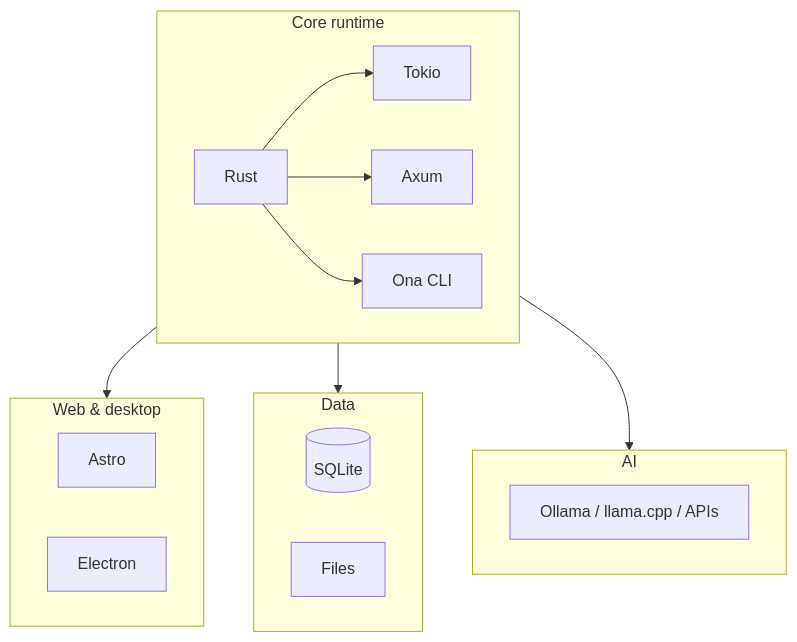
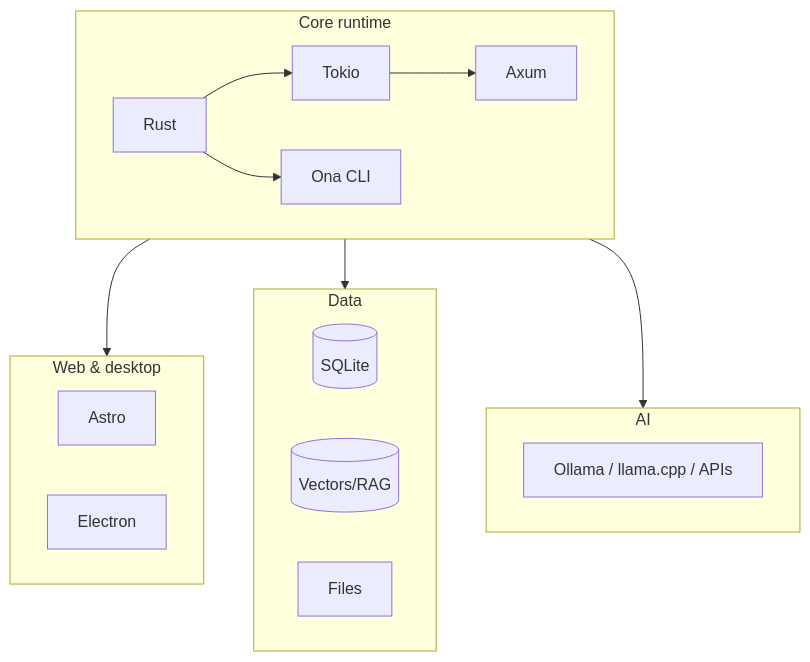
Before and after one commit to zerwiz/onapublic: the first of 19 diagrams in TECH_STACK.md, drawn with Mermaid. The commit also changed other lines of this file, not shown here.

First line of the commit message:
docs: TECH_STACK — more Mermaids, memory layers, security, pluggable, dev tooling

````diff
--- a/TECH_STACK.md
+++ b/TECH_STACK.md
@@ -7,26 +7,27 @@
 ```mermaid
 flowchart TB
   subgraph runtime["Core runtime"]
     Rust[Rust]
     Tokio[Tokio]
     Axum[Axum]
     CLI[Ona CLI]
   end
   subgraph front["Web & desktop"]
     Astro[Astro]
     Electron[Electron]
   end
   subgraph data["Data"]
     SQL[(SQLite)]
+    VEC[(Vectors/RAG)]
     Files[Files]
   end
   subgraph ai["AI"]
     LLM[Ollama / llama.cpp / APIs]
   end
   Rust --> Tokio
-  Rust --> Axum
+  Tokio --> Axum
   Rust --> CLI
   runtime --> front
   runtime --> data
   runtime --> ai
 ```
````
